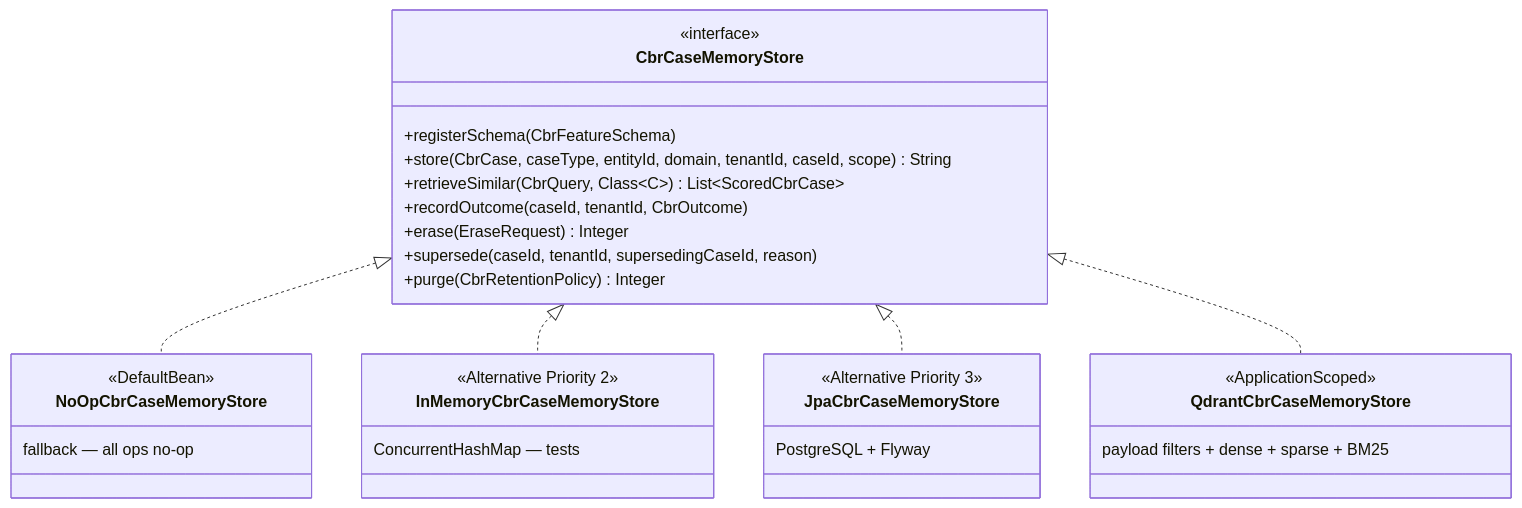
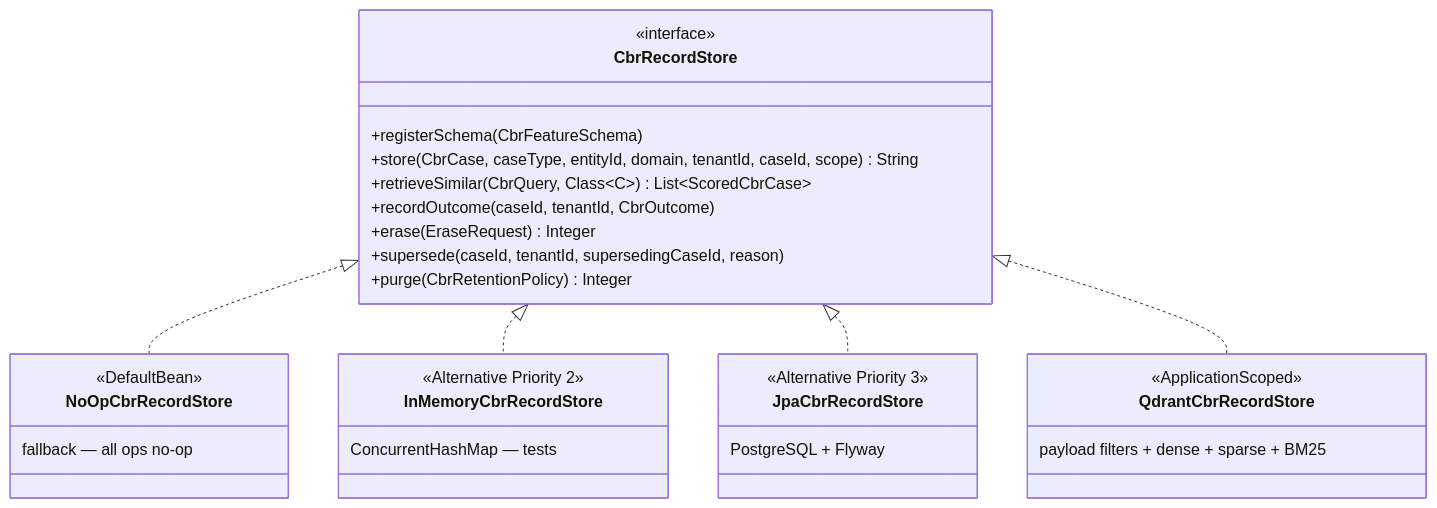
One commit to casehubio/neocortex changed the third of 7 diagrams in ARC42STORIES.MD. Above: the diagram before and after it, drawn with Mermaid. The commit also changed other lines of this file, not shown here.

First line of the commit message:
docs(#723): rename CbrCaseMemoryStore → CbrRecordStore in ARC42STORIES

````diff
--- a/ARC42STORIES.MD
+++ b/ARC42STORIES.MD
@@ -282,35 +282,35 @@
 ```mermaid
 classDiagram
-    class CbrCaseMemoryStore {
+    class CbrRecordStore {
         <<interface>>
         +registerSchema(CbrFeatureSchema)
         +store(CbrCase, caseType, entityId, domain, tenantId, caseId, scope) String
         +retrieveSimilar(CbrQuery, Class~C~) List~ScoredCbrCase~
         +recordOutcome(caseId, tenantId, CbrOutcome)
         +erase(EraseRequest) Integer
         +supersede(caseId, tenantId, supersedingCaseId, reason)
         +purge(CbrRetentionPolicy) Integer
     }
 
-    class NoOpCbrCaseMemoryStore {
+    class NoOpCbrRecordStore {
         <<DefaultBean>>
         fallback — all ops no-op
     }
-    class InMemoryCbrCaseMemoryStore {
+    class InMemoryCbrRecordStore {
         <<Alternative Priority 2>>
         ConcurrentHashMap — tests
     }
-    class JpaCbrCaseMemoryStore {
+    class JpaCbrRecordStore {
         <<Alternative Priority 3>>
         PostgreSQL + Flyway
     }
-    class QdrantCbrCaseMemoryStore {
+    class QdrantCbrRecordStore {
         <<ApplicationScoped>>
         payload filters + dense + sparse + BM25
     }
 
-    CbrCaseMemoryStore <|.. NoOpCbrCaseMemoryStore
-    CbrCaseMemoryStore <|.. InMemoryCbrCaseMemoryStore
-    CbrCaseMemoryStore <|.. JpaCbrCaseMemoryStore
-    CbrCaseMemoryStore <|.. QdrantCbrCaseMemoryStore
+    CbrRecordStore <|.. NoOpCbrRecordStore
+    CbrRecordStore <|.. InMemoryCbrRecordStore
+    CbrRecordStore <|.. JpaCbrRecordStore
+    CbrRecordStore <|.. QdrantCbrRecordStore
 ```
````
